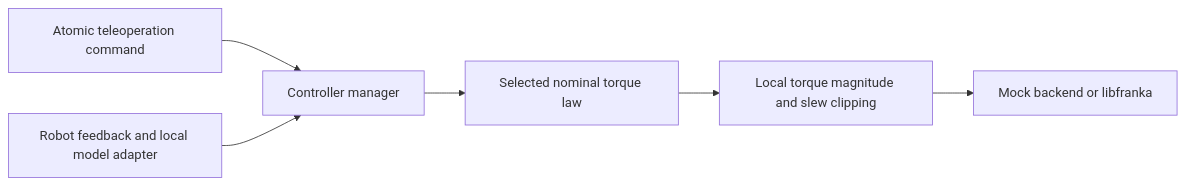
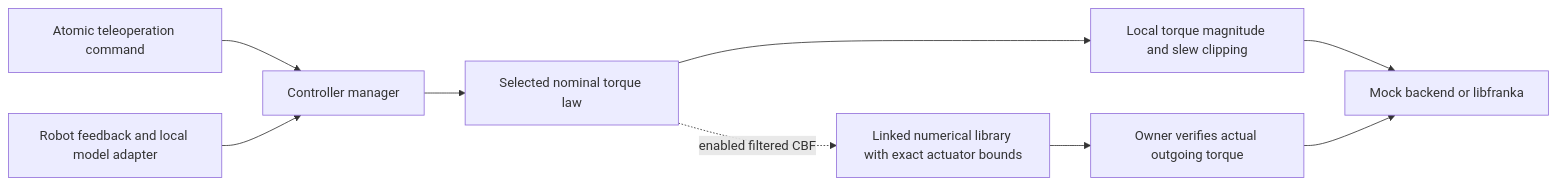
Before and after one commit to jiachunl0727/franka_teleoperation: the diagram in docs/CONTROLLER_ARCHITECTURE.md, drawn with Mermaid. The commit also changed other lines of this file and 737 other files, not shown here.

````diff
--- a/docs/CONTROLLER_ARCHITECTURE.md
+++ b/docs/CONTROLLER_ARCHITECTURE.md
@@ -10,8 +12,11 @@
 ```mermaid
 flowchart LR
     Input[Atomic teleoperation command] --> Manager[Controller manager]
     Feedback[Robot feedback and local model adapter] --> Manager
     Manager --> Nominal[Selected nominal torque law]
     Nominal --> Clip[Local torque magnitude and slew clipping]
     Clip --> Backend[Mock backend or libfranka]
+    Nominal -. enabled filtered CBF .-> QP[Linked numerical library with exact actuator bounds]
+    QP --> Verify[Owner verifies actual outgoing torque]
+    Verify --> Backend
 ```
````
